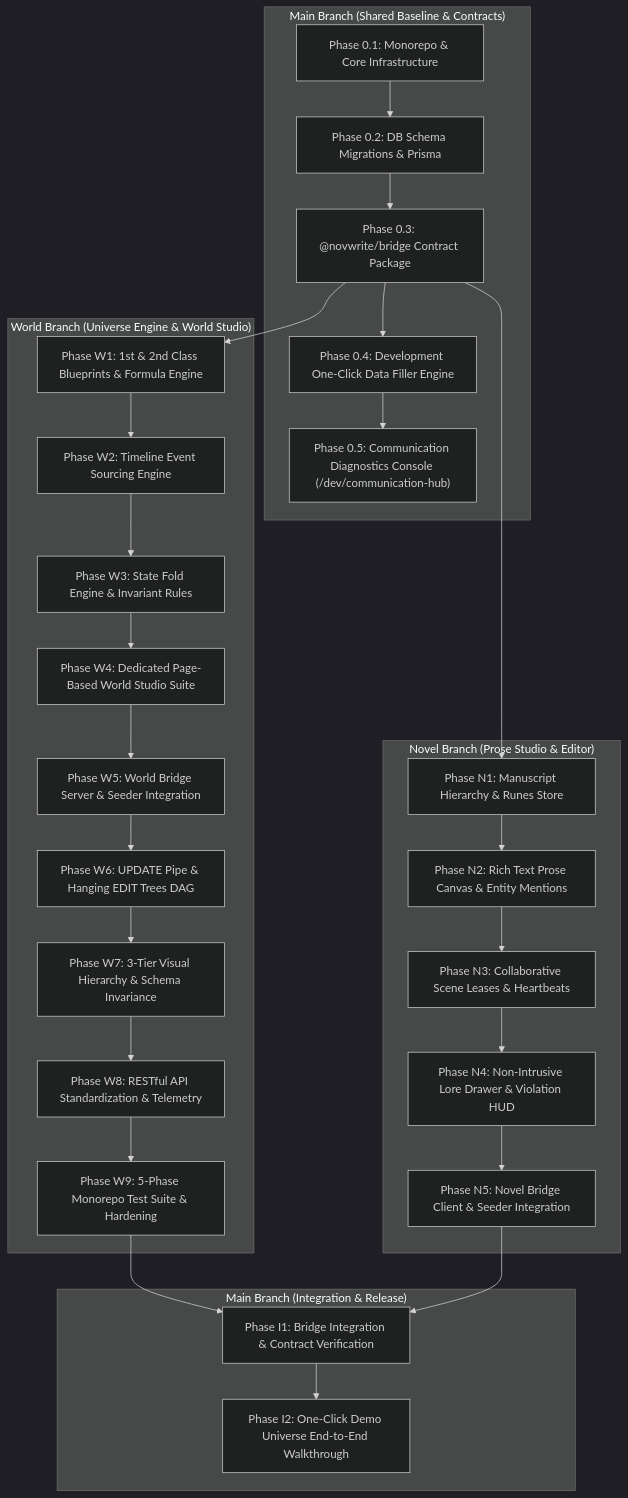
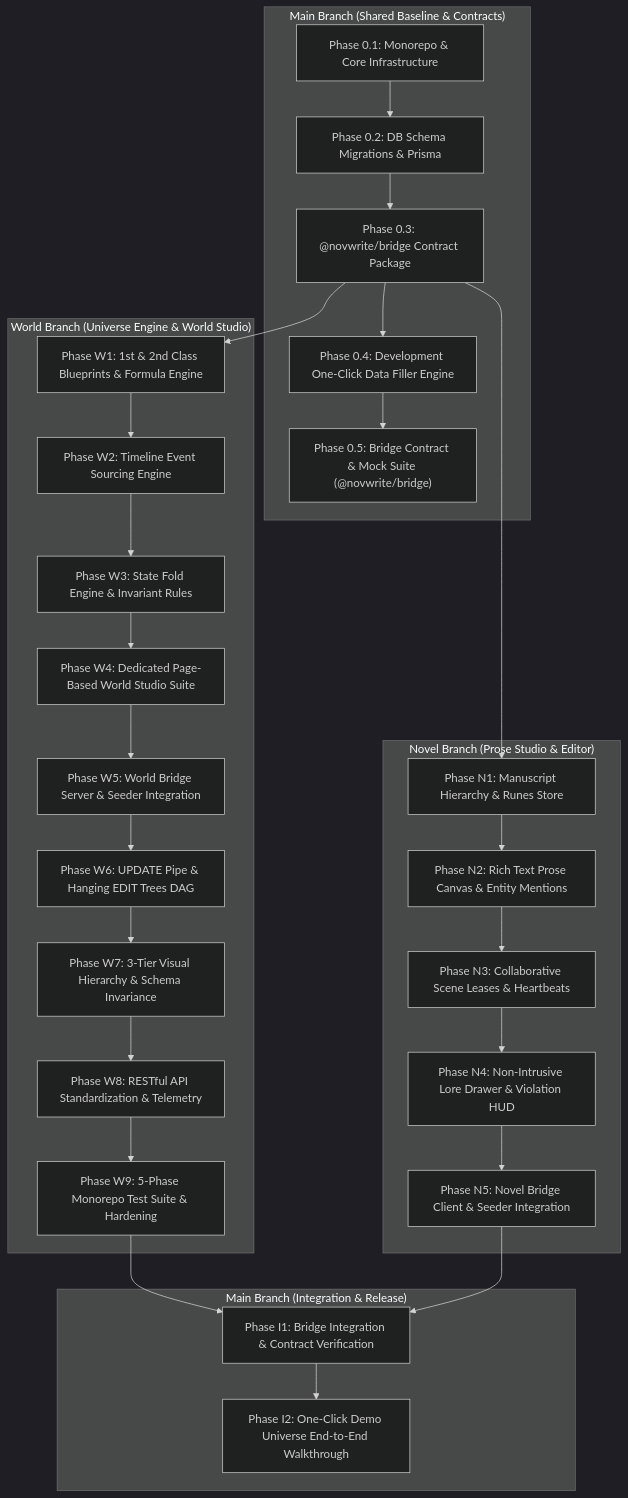
One commit to Yogesh-Kumar-Mallik-dev/NovWrite changed the diagram in docs/MVP_PHASED_PLAN.md. Above: the diagram before and after it, drawn with Mermaid (dark theme). The commit also changed other lines of this file and 12 other files, not shown here.

Commit message:
docs(architecture): update baseline to v2.8 and eliminate stale documentation

````diff
--- a/docs/MVP_PHASED_PLAN.md
+++ b/docs/MVP_PHASED_PLAN.md
@@ -7,42 +7,42 @@
 ```mermaid
 flowchart TB
     subgraph Foundation ["Main Branch (Shared Baseline & Contracts)"]
         F1["Phase 0.1: Monorepo & Core Infrastructure"]
         F2["Phase 0.2: DB Schema Migrations & Prisma"]
         F3["Phase 0.3: @novwrite/bridge Contract Package"]
         F4["Phase 0.4: Development One-Click Data Filler Engine"]
-        F5["Phase 0.5: Communication Diagnostics Console (/dev/communication-hub)"]
+        F5["Phase 0.5: Bridge Contract & Mock Suite (@novwrite/bridge)"]
     end
 
     subgraph WorldBranch ["World Branch (Universe Engine & World Studio)"]
         W1["Phase W1: 1st & 2nd Class Blueprints & Formula Engine"]
         W2["Phase W2: Timeline Event Sourcing Engine"]
         W3["Phase W3: State Fold Engine & Invariant Rules"]
         W4["Phase W4: Dedicated Page-Based World Studio Suite"]
         W5["Phase W5: World Bridge Server & Seeder Integration"]
         W6["Phase W6: UPDATE Pipe & Hanging EDIT Trees DAG"]
         W7["Phase W7: 3-Tier Visual Hierarchy & Schema Invariance"]
         W8["Phase W8: RESTful API Standardization & Telemetry"]
         W9["Phase W9: 5-Phase Monorepo Test Suite & Hardening"]
     end
 
     subgraph NovelBranch ["Novel Branch (Prose Studio & Editor)"]
         N1["Phase N1: Manuscript Hierarchy & Runes Store"]
         N2["Phase N2: Rich Text Prose Canvas & Entity Mentions"]
         N3["Phase N3: Collaborative Scene Leases & Heartbeats"]
         N4["Phase N4: Non-Intrusive Lore Drawer & Violation HUD"]
         N5["Phase N5: Novel Bridge Client & Seeder Integration"]
     end
 
     subgraph Integration ["Main Branch (Integration & Release)"]
         I1["Phase I1: Bridge Integration & Contract Verification"]
         I2["Phase I2: One-Click Demo Universe End-to-End Walkthrough"]
     end
 
     F1 --> F2 --> F3 --> F4 --> F5
     F3 --> W1 --> W2 --> W3 --> W4 --> W5 --> W6 --> W7 --> W8 --> W9
     F3 --> N1 --> N2 --> N3 --> N4 --> N5
     W9 --> I1
     N5 --> I1
     I1 --> I2
 ```
````
